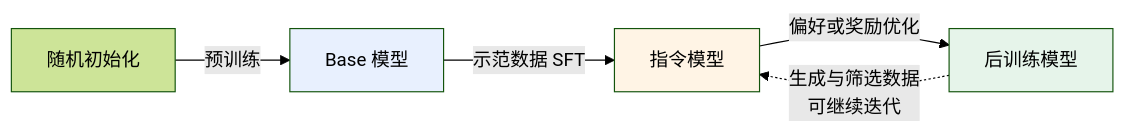
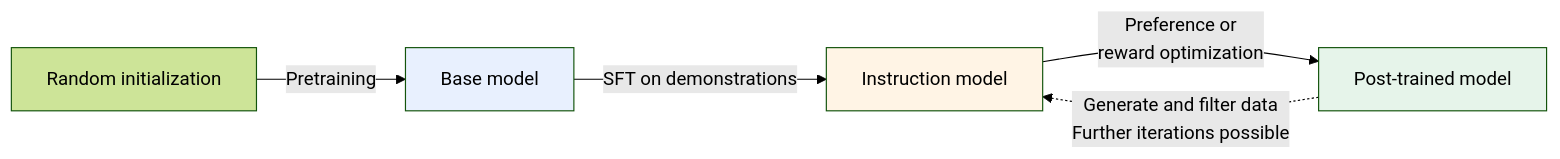
One commit to oneleaveknowsthefall/awesome-ai-roadmap changed the first of 2 diagrams in docs/llm/02-training-alignment/06-llm-training.md. Above: the diagram before and after it, drawn with Mermaid (forest theme). The commit also changed other lines of this file and 92 other files, not shown here.

````diff
--- a/docs/llm/02-training-alignment/06-llm-training.md
+++ b/docs/llm/02-training-alignment/06-llm-training.md
@@ -17,11 +17,11 @@
 ```mermaid
 flowchart LR
-    RAW["随机初始化"] -->|预训练| BASE["Base 模型"]
-    BASE -->|示范数据 SFT| SFT["指令模型"]
-    SFT -->|偏好或奖励优化| CHAT["后训练模型"]
-    CHAT -.->|生成与筛选数据<br/>可继续迭代| SFT
+    RAW["Random initialization"] -->|Pretraining| BASE["Base model"]
+    BASE -->|SFT on demonstrations| SFT["Instruction model"]
+    SFT -->|Preference or<br/>reward optimization| CHAT["Post-trained model"]
+    CHAT -.->|Generate and filter data<br/>Further iterations possible| SFT
 
     style BASE fill:#e8f0fe
     style SFT fill:#fff4e5
     style CHAT fill:#e6f4ea
 ```
````
